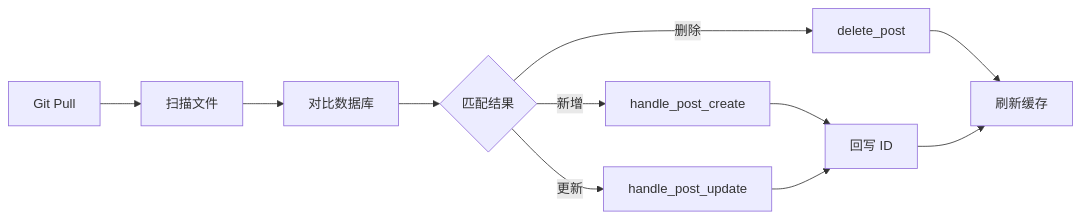
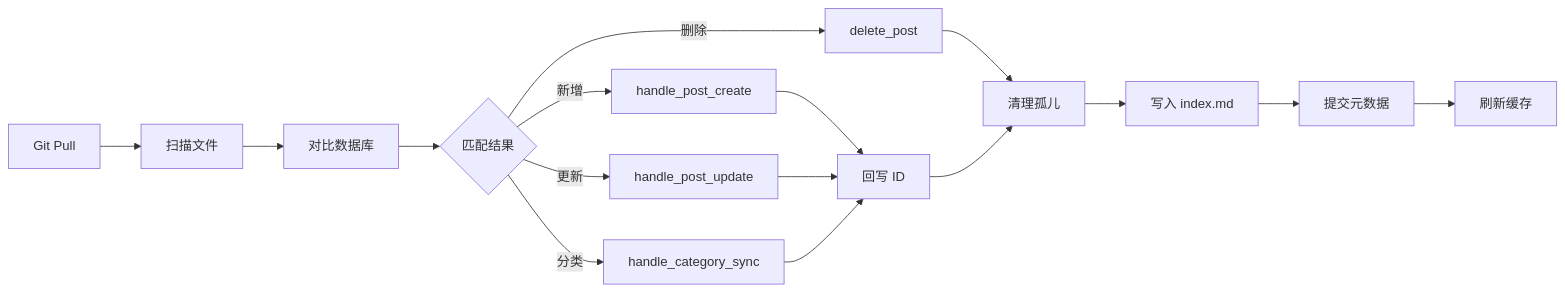
The second of 5 diagrams in backend/app/git_ops/README.md (sumanin5/blog_fr), drawn with Mermaid before and after one commit. The commit also changed other lines of this file and 27 other files, not shown here.

````diff
--- a/backend/app/git_ops/README.md
+++ b/backend/app/git_ops/README.md
@@ -216,13 +216,18 @@
 ```mermaid
 flowchart LR
     A[Git Pull] --> B[扫描文件]
     B --> C[对比数据库]
     C --> D{匹配结果}
     D -->|新增| E[handle_post_create]
     D -->|更新| F[handle_post_update]
-    D -->|删除| G[delete_post]
-    E --> H[回写 ID]
-    F --> H
-    G --> I[刷新缓存]
-    H --> I
+    D -->|分类| G[handle_category_sync]
+    D -->|删除| H[delete_post]
+    E --> I[回写 ID]
+    F --> I
+    G --> I
+    H --> J[清理孤儿]
+    I --> J
+    J --> K[写入 index.md]
+    K --> L[提交元数据]
+    L --> M[刷新缓存]
 ```
````
